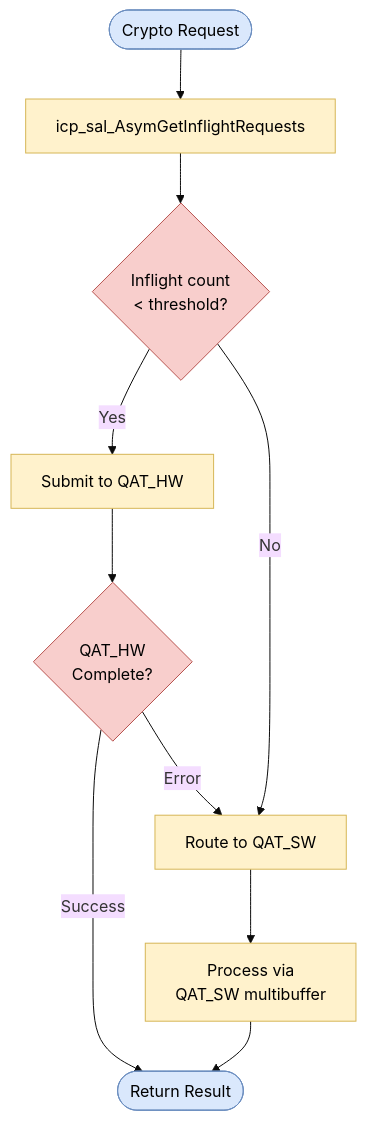
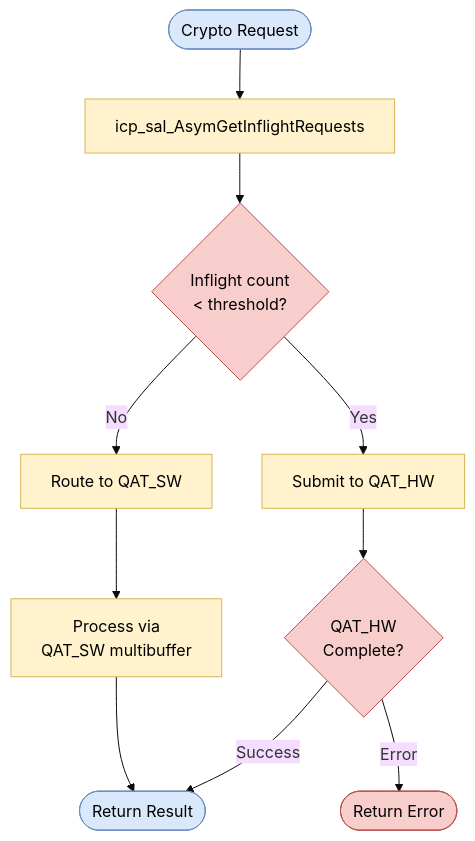
Before and after one commit to intel/QAT_Engine: the second of 2 diagrams in docs/qat_coex.md, drawn with Mermaid (base theme). The commit also changed other lines of this file and 13 other files, not shown here.

````diff
--- a/docs/qat_coex.md
+++ b/docs/qat_coex.md
@@ -51,21 +52,22 @@
 ```mermaid
 flowchart TD
     A([Crypto Request]) --> B[icp_sal_AsymGetInflightRequests]
     B --> C{Inflight count\n< threshold?}
     C -- Yes --> D[Submit to QAT_HW]
     C -- No  --> E[Route to QAT_SW]
     D --> F{QAT_HW\nComplete?}
     F -- Success --> G([Return Result])
-    F -- Error   --> E
+    F -- Error   --> I([Return Error])
     E --> H[Process via\nQAT_SW multibuffer]
     H --> G
 
     style A fill:#dae8fc,stroke:#6c8ebf,color:#000000
     style G fill:#dae8fc,stroke:#6c8ebf,color:#000000
+    style I fill:#f8cecc,stroke:#b85450,color:#000000
     style B fill:#fff2cc,stroke:#d6b656,color:#000000
     style D fill:#fff2cc,stroke:#d6b656,color:#000000
     style E fill:#fff2cc,stroke:#d6b656,color:#000000
     style H fill:#fff2cc,stroke:#d6b656,color:#000000
     style C fill:#f8cecc,stroke:#b85450,color:#000000
     style F fill:#f8cecc,stroke:#b85450,color:#000000
 ```
````
